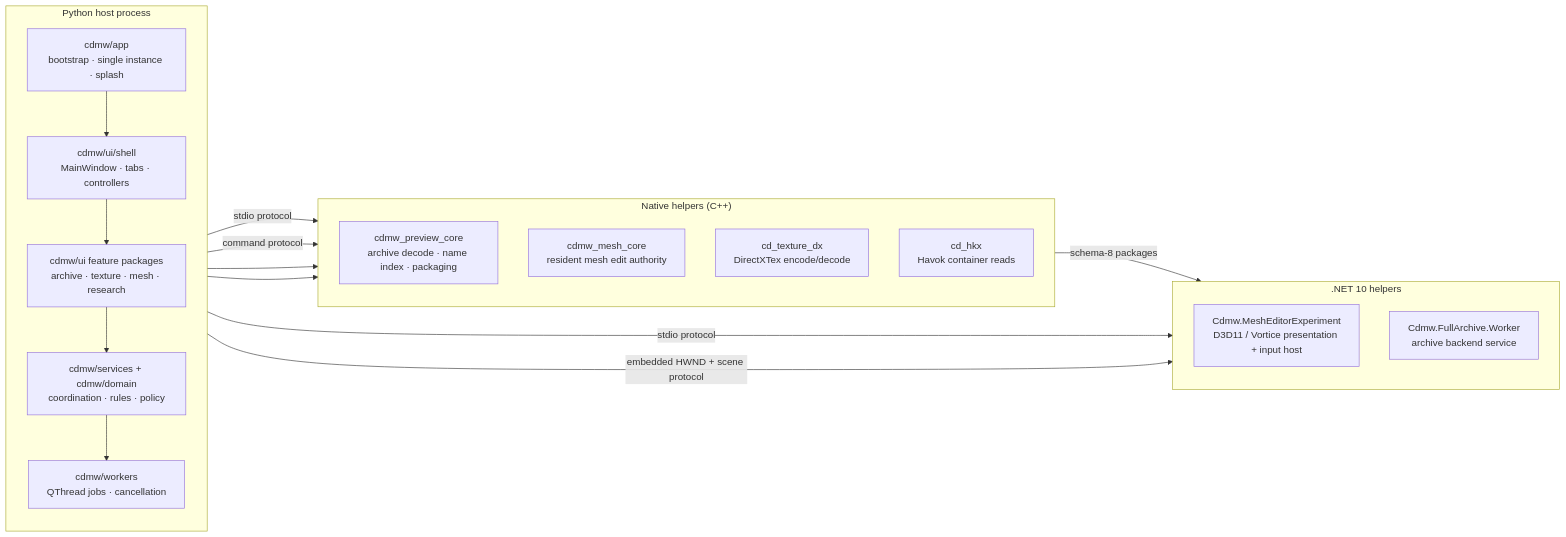
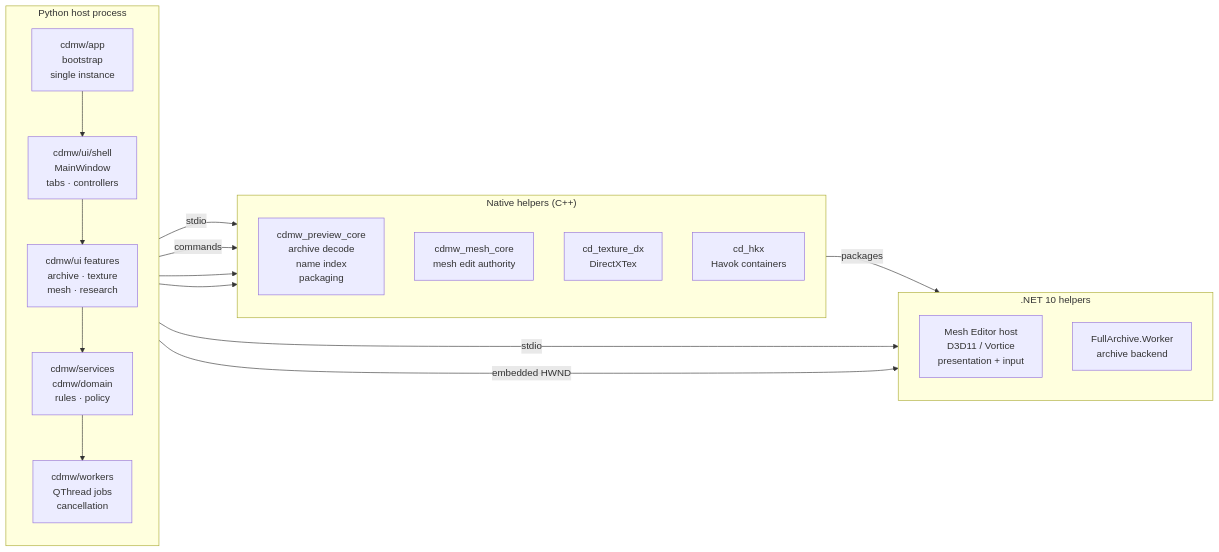
Before and after one commit to Ratty123/CDMW-Full: the first of 4 diagrams in README.md, drawn with Mermaid. The commit also changed other lines of this file and 1 other file, not shown here.

First line of the commit message:
Make the README diagrams readable, and drop the em dashes

````diff
--- a/README.md
+++ b/README.md
@@ -193,34 +193,34 @@
 ```mermaid
 flowchart LR
     subgraph host["Python host process"]
         direction TB
-        APP["cdmw/app<br/>bootstrap · single instance · splash"]
-        SHELL["cdmw/ui/shell<br/>MainWindow · tabs · controllers"]
-        FEAT["cdmw/ui feature packages<br/>archive · texture · mesh · research"]
-        SVC["cdmw/services + cdmw/domain<br/>coordination · rules · policy"]
-        WRK["cdmw/workers<br/>QThread jobs · cancellation"]
+        APP["cdmw/app<br/>bootstrap<br/>single instance"]
+        SHELL["cdmw/ui/shell<br/>MainWindow<br/>tabs · controllers"]
+        FEAT["cdmw/ui features<br/>archive · texture<br/>mesh · research"]
+        SVC["cdmw/services<br/>cdmw/domain<br/>rules · policy"]
+        WRK["cdmw/workers<br/>QThread jobs<br/>cancellation"]
         APP --> SHELL --> FEAT --> SVC --> WRK
     end
 
     subgraph native["Native helpers (C++)"]
         direction TB
-        PREV["cdmw_preview_core<br/>archive decode · name index · packaging"]
-        MESH["cdmw_mesh_core<br/>resident mesh edit authority"]
-        TEX["cd_texture_dx<br/>DirectXTex encode/decode"]
-        HKX["cd_hkx<br/>Havok container reads"]
+        PREV["cdmw_preview_core<br/>archive decode<br/>name index<br/>packaging"]
+        MESH["cdmw_mesh_core<br/>mesh edit authority"]
+        TEX["cd_texture_dx<br/>DirectXTex"]
+        HKX["cd_hkx<br/>Havok containers"]
     end
 
     subgraph dotnet[".NET 10 helpers"]
         direction TB
-        EDITOR["Cdmw.MeshEditorExperiment<br/>D3D11 / Vortice presentation + input host"]
-        ARCH["Cdmw.FullArchive.Worker<br/>archive backend service"]
+        EDITOR["Mesh Editor host<br/>D3D11 / Vortice<br/>presentation + input"]
+        ARCH["FullArchive.Worker<br/>archive backend"]
     end
 
-    WRK -->|stdio protocol| PREV
-    WRK -->|stdio protocol| ARCH
-    SVC -->|command protocol| MESH
+    WRK -->|stdio| PREV
+    WRK -->|stdio| ARCH
+    SVC -->|commands| MESH
     WRK --> TEX
     WRK --> HKX
-    FEAT -->|embedded HWND + scene protocol| EDITOR
-    PREV -->|schema-8 packages| EDITOR
+    FEAT -->|embedded HWND| EDITOR
+    PREV -->|packages| EDITOR
 ```
````
